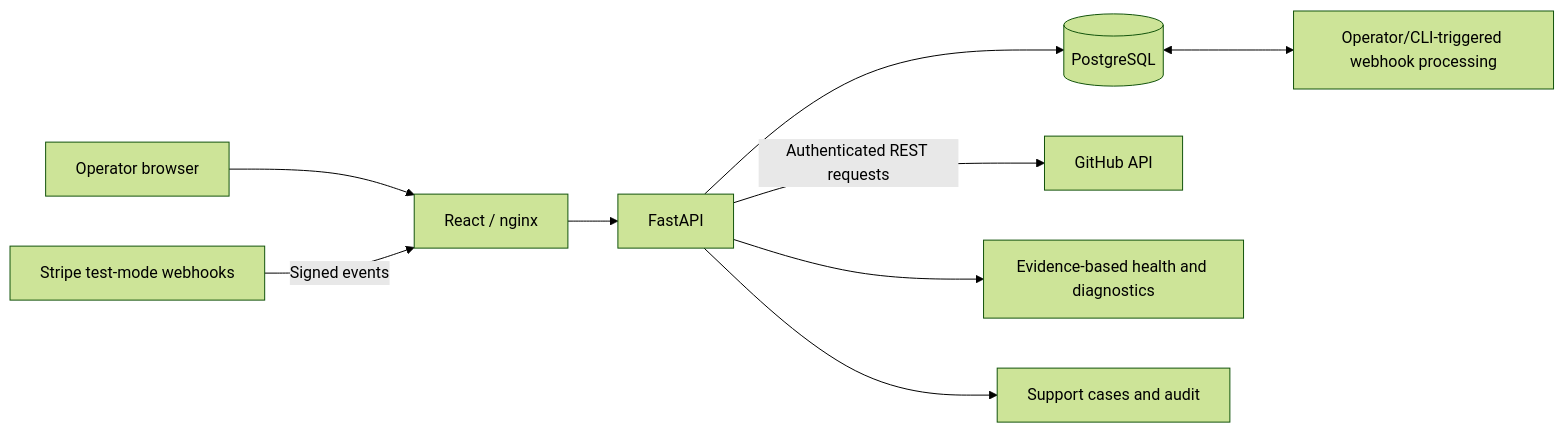
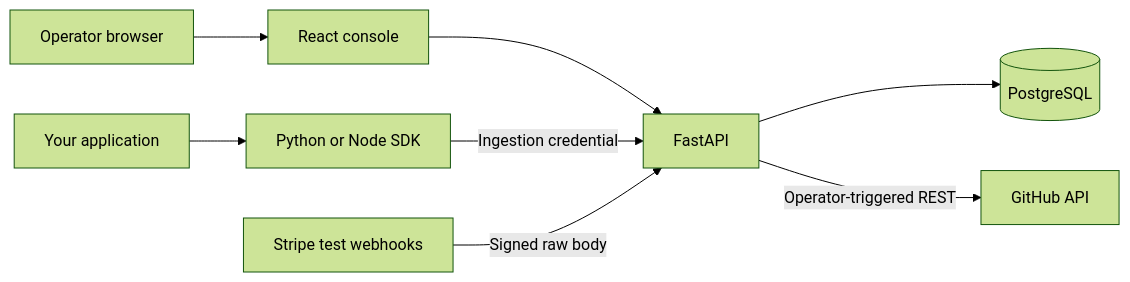
Before and after one commit to ManpreetS2/IntegrationLab: the diagram in README.md, drawn with Mermaid (forest theme). The commit also changed other lines of this file and 143 other files, not shown here.

````diff
--- a/README.md
+++ b/README.md
@@ -111,11 +75,10 @@
 ```mermaid
 flowchart LR
-    User[Operator browser] --> Edge[React / nginx]
-    Edge --> API[FastAPI]
+    Operator[Operator browser] --> UI[React console]
+    UI --> API[FastAPI]
+    App[Your application] --> SDK[Python or Node SDK]
+    SDK -->|Ingestion credential| API
     API --> DB[(PostgreSQL)]
-    API -->|Authenticated REST requests| GH[GitHub API]
-    Stripe[Stripe test-mode webhooks] -->|Signed events| Edge
-    DB <--> Processor[Operator/CLI-triggered webhook processing]
-    API --> Diagnosis[Evidence-based health and diagnostics]
-    API --> Cases[Support cases and audit]
+    API -->|Operator-triggered REST| GitHub[GitHub API]
+    Stripe[Stripe test webhooks] -->|Signed raw body| API
 ```
````
